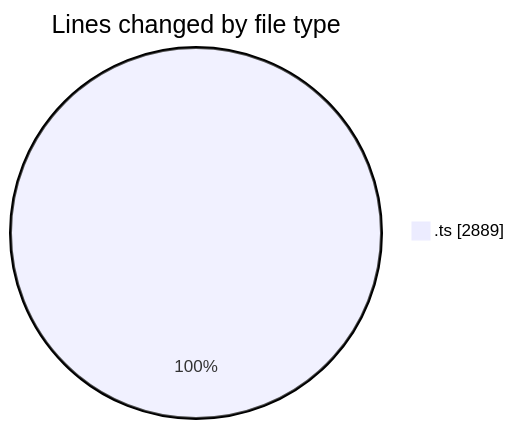
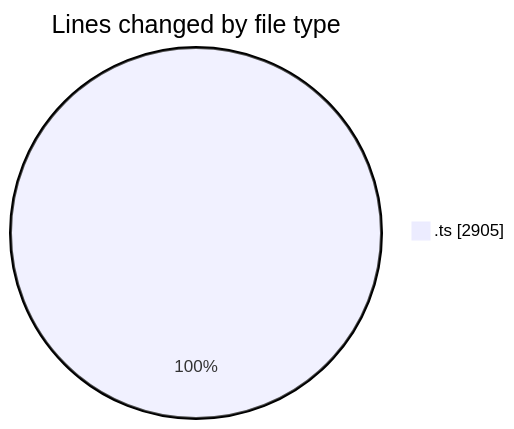
Before and after one commit to momahboobian/code-tracking: the first of 2 diagrams in 2025-06-24/cda/README.md, drawn with Mermaid. The commit also changed other lines of this file and 1 other file, not shown here.

````diff
--- a/2025-06-24/cda/README.md
+++ b/2025-06-24/cda/README.md
@@ -24,5 +24,5 @@
 ```mermaid
 pie showData
 title Lines changed by file type
-".ts" : 2889
+".ts" : 2905
 ```
````
